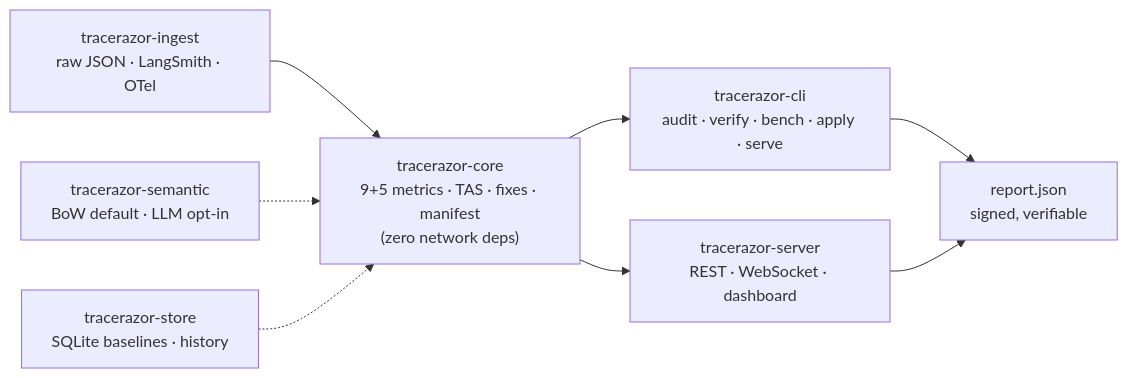
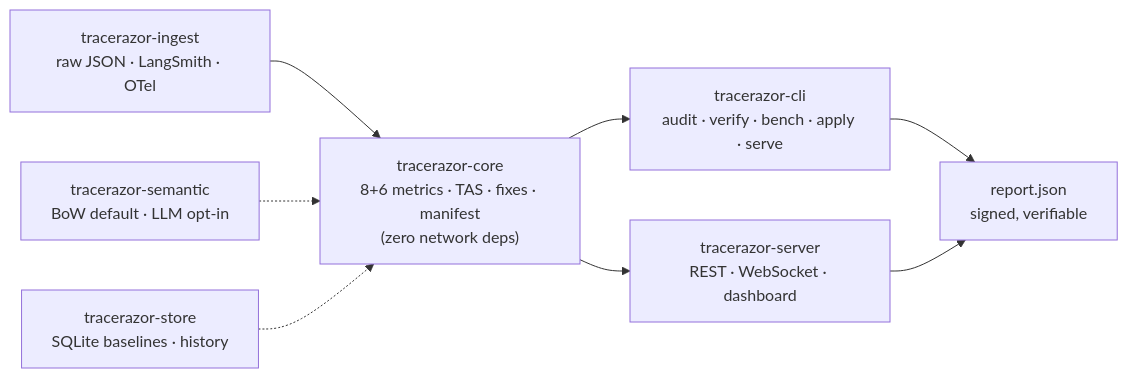
Before and after one commit to ZulfaqarHafez/TraceRazor: the seventh of 7 diagrams in README.md, drawn with Mermaid. The commit also changed other lines of this file and 13 other files, not shown here.

````diff
--- a/README.md
+++ b/README.md
@@ -1094,10 +1094,10 @@
 ```mermaid
 flowchart LR
-    IN["tracerazor-ingest<br/>raw JSON · LangSmith · OTel"] --> CORE["tracerazor-core<br/>9+5 metrics · TAS · fixes · manifest<br/>(zero network deps)"]
+    IN["tracerazor-ingest<br/>raw JSON · LangSmith · OTel"] --> CORE["tracerazor-core<br/>8+6 metrics · TAS · fixes · manifest<br/>(zero network deps)"]
     SEM["tracerazor-semantic<br/>BoW default · LLM opt-in"] -.-> CORE
     STORE["tracerazor-store<br/>SQLite baselines · history"] -.-> CORE
     CORE --> CLI["tracerazor-cli<br/>audit · verify · bench · apply · serve"]
     CORE --> SRV["tracerazor-server<br/>REST · WebSocket · dashboard"]
     CLI --> OUT["report.json<br/>signed, verifiable"]
     SRV --> OUT
 ```
````
